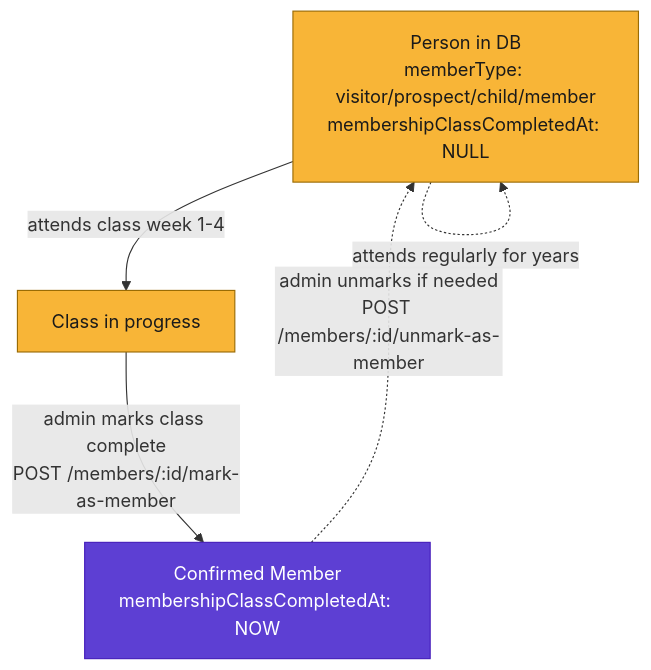
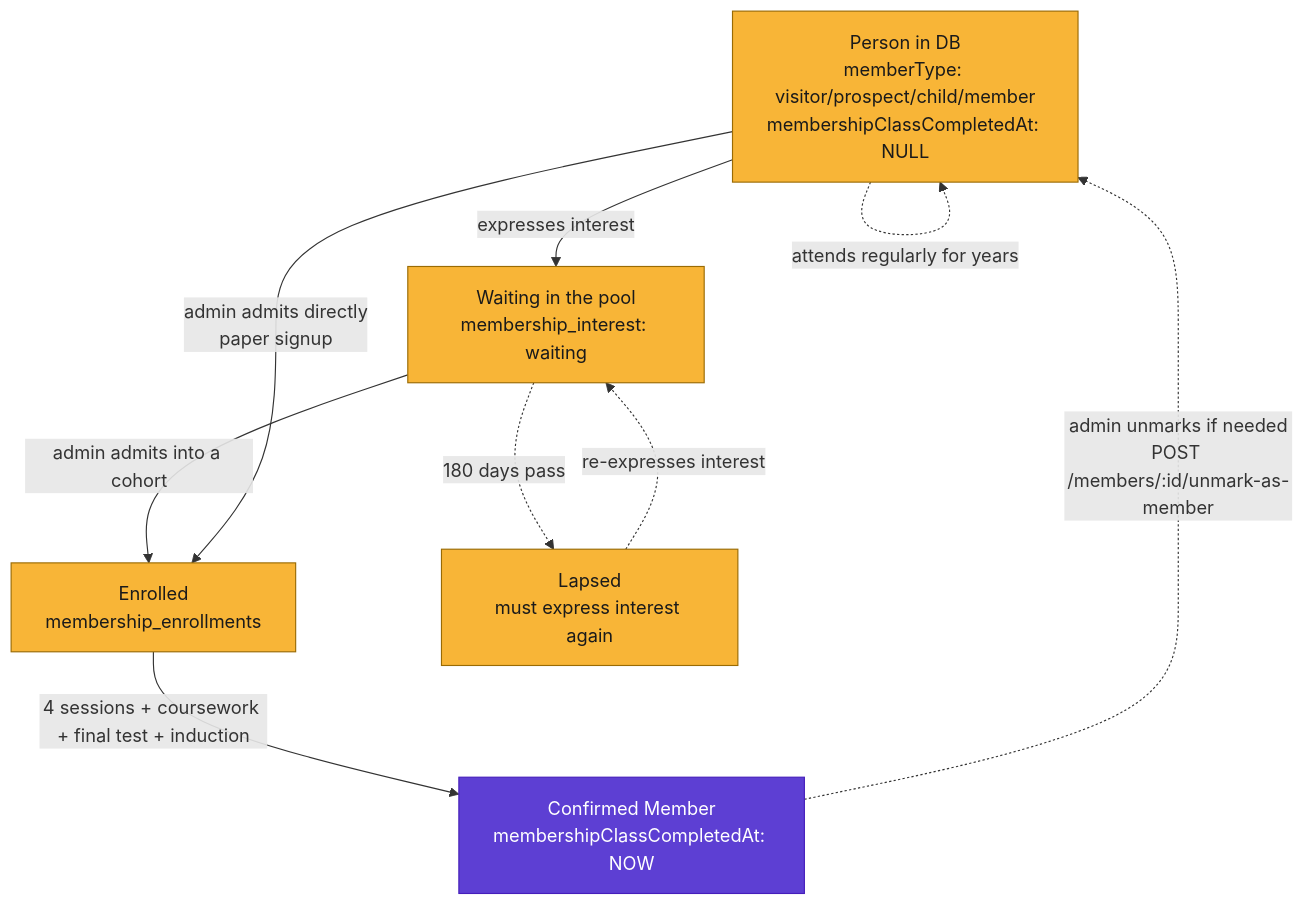
One commit to kharis-min-tech/kairos changed the fourth of 6 diagrams in docs/domain-model.md. Above: the diagram before and after it, drawn with Mermaid. The commit also changed other lines of this file and 17 other files, not shown here.

First line of the commit message:
feat(web,mobile): interest pool and admission surfaces, one capability matcher

````diff
--- a/docs/domain-model.md
+++ b/docs/domain-model.md
@@ -153,19 +159,23 @@
 ```mermaid
 flowchart TD
   P[Person in DB<br/>memberType: visitor/prospect/child/member<br/>membershipClassCompletedAt: NULL]
 
-  P -->|attends class week 1-4| C[Class in progress]
-  C -->|admin marks class complete<br/>POST /members/:id/mark-as-member| M[Confirmed Member<br/>membershipClassCompletedAt: NOW]
+  P -->|expresses interest| W[Waiting in the pool<br/>membership_interest: waiting]
+  W -->|admin admits into a cohort| C[Enrolled<br/>membership_enrollments]
+  W -.->|180 days pass| L[Lapsed<br/>must express interest again]
+  L -.->|re-expresses interest| W
+  P -->|admin admits directly<br/>paper signup| C
+  C -->|4 sessions + coursework + final test + induction| M[Confirmed Member<br/>membershipClassCompletedAt: NOW]
 
   P -.->|joins fellowship| P
   P -.->|joins department| P
   P -.->|completes NB programme| P
   P -.->|attends regularly for years| P
 
   M -.->|admin unmarks if needed<br/>POST /members/:id/unmark-as-member| P
 
   classDef pre fill:#f8b537,stroke:#9a6b04,color:#1a1a1a
   classDef post fill:#5D3FD3,stroke:#451ebb,color:#fff
-  class P,C pre
+  class P,W,L,C pre
   class M post
 ```
````
